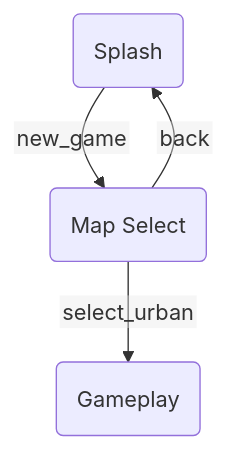
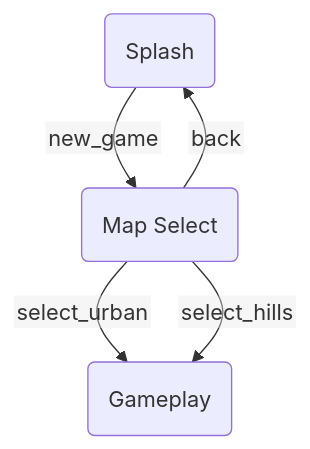
Before and after one commit to TheDeepestSpace/tbgwaf: the diagram in flow/app_flow.mmd, drawn with Mermaid. The commit also changed 4 other files, not shown here.

```diff
--- a/flow/app_flow.mmd
+++ b/flow/app_flow.mmd
@@ -1,8 +1,9 @@
 %%{init: {"flowchart": {"htmlLabels": false}, "themeVariables": {"fontFamily": "Arial, sans-serif"}}}%%
 flowchart TD
     splash("  Splash  ")
     map_select("  Map Select  ")
     gameplay("  Gameplay  ")
     splash -->|new_game| map_select
     map_select -->|select_urban| gameplay
+    map_select -->|select_hills| gameplay
     map_select -->|back| splash
```
